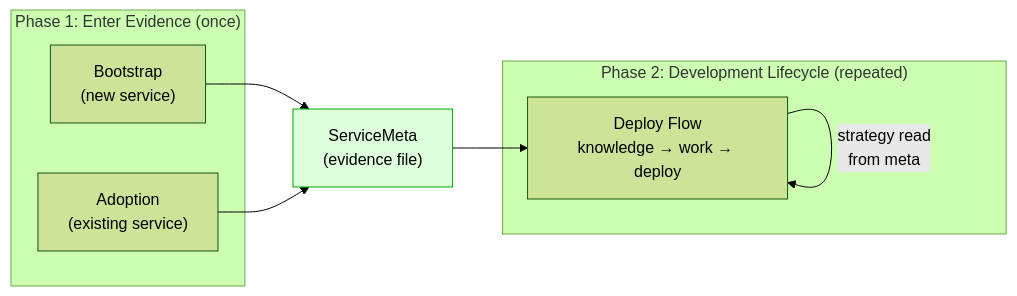
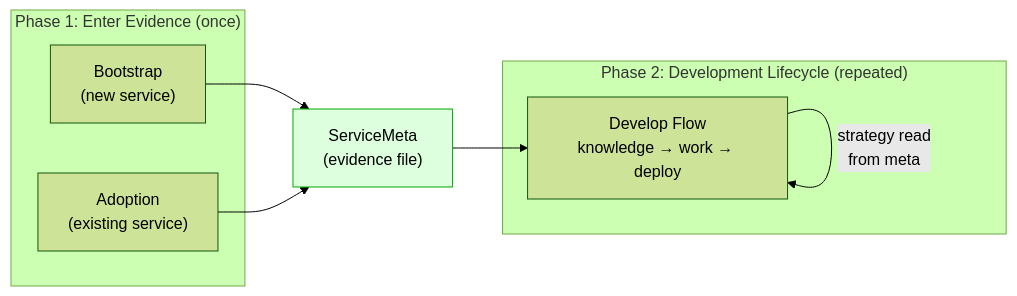
The first of 5 diagrams in docs/spec-workflows.md (zeropsio/zcp), drawn with Mermaid (forest theme) before and after one commit. The commit also changed other lines of this file and 35 other files, not shown here.

First line of the commit message:
refactor: rename deploy workflow to develop workflow

````diff
--- a/docs/spec-workflows.md
+++ b/docs/spec-workflows.md
@@ -14,18 +14,18 @@
 ```mermaid
 flowchart LR
     subgraph Phase1 ["Phase 1: Enter Evidence (once)"]
         Bootstrap["Bootstrap<br/>(new service)"]
         Adoption["Adoption<br/>(existing service)"]
     end
 
     subgraph Phase2 ["Phase 2: Development Lifecycle (repeated)"]
-        Deploy["Deploy Flow<br/>knowledge → work → deploy"]
+        Develop["Develop Flow<br/>knowledge → work → deploy"]
     end
 
     Bootstrap --> Meta["ServiceMeta<br/>(evidence file)"]
     Adoption --> Meta
-    Meta --> Deploy
-    Deploy -->|"strategy read<br/>from meta"| Deploy
+    Meta --> Develop
+    Develop -->|"strategy read<br/>from meta"| Develop
 
     style Meta fill:#dfd,stroke:#0a0
 ```
````
